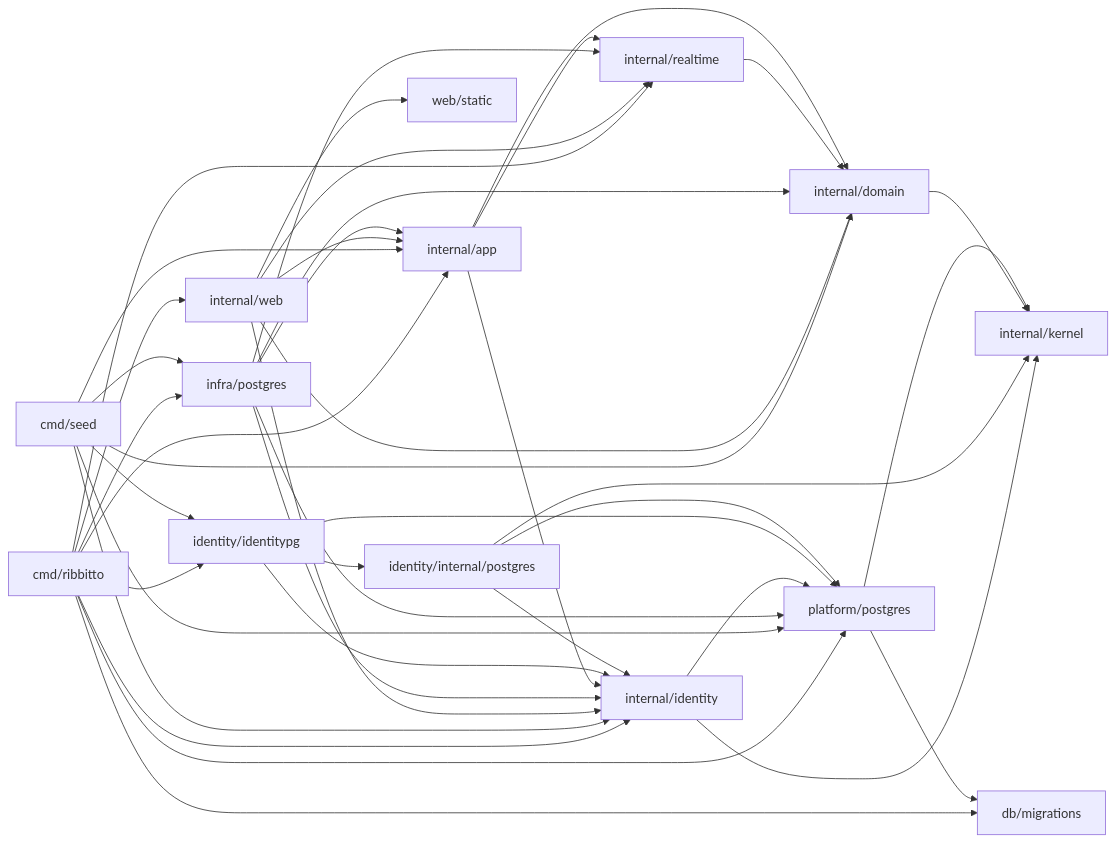
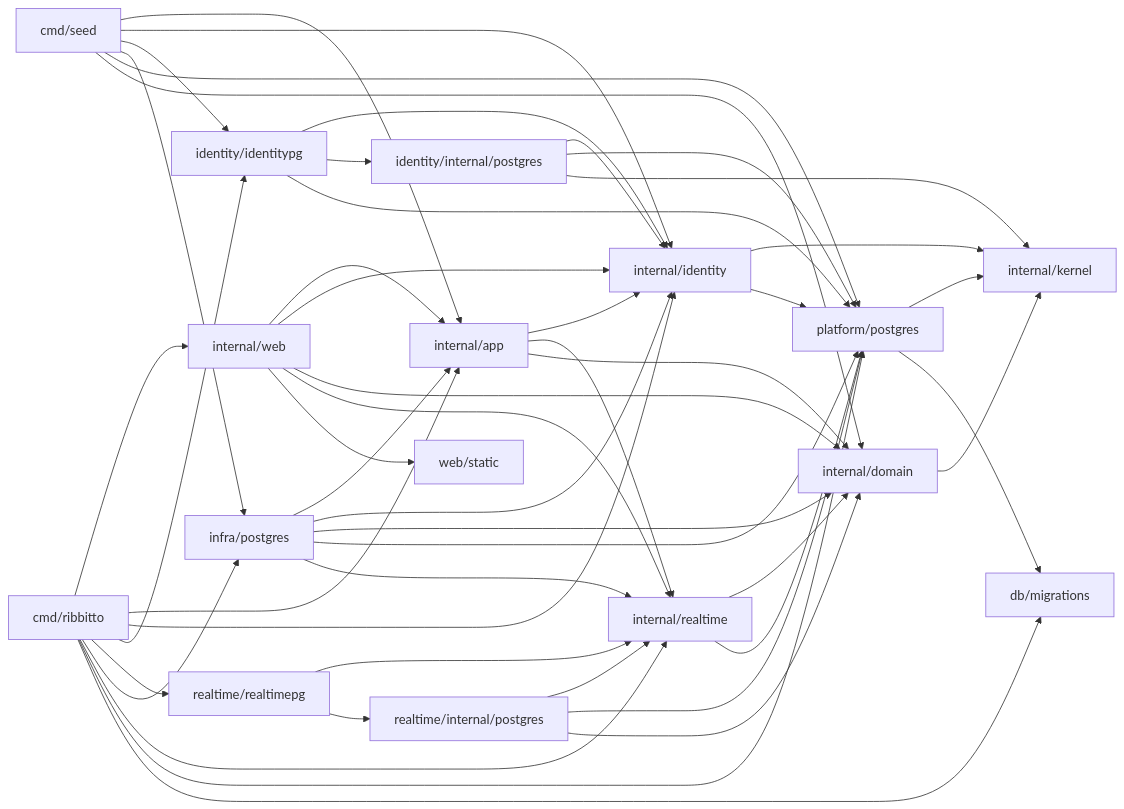
Before and after one commit to tkakkie/ribbitto: the diagram in docs/architecture/packages.md, drawn with Mermaid. The commit also changed other lines of this file and 29 other files, not shown here.

````diff
--- a/docs/architecture/packages.md
+++ b/docs/architecture/packages.md
@@ -62,14 +62,16 @@
 ```mermaid
 flowchart LR
-  cmd[cmd/ribbitto] --> web & app & identity & identitypg[identity/identitypg] & postgres[infra/postgres] & realtime & platform[platform/postgres] & migrations[db/migrations]
+  cmd[cmd/ribbitto] --> web & app & identity & identitypg[identity/identitypg] & realtimepg & postgres[infra/postgres] & realtime & platform[platform/postgres] & migrations[db/migrations]
   seed[cmd/seed] --> app & identity & identitypg & postgres & platform & domain
   web[internal/web] --> app & identity & domain & realtime & static[web/static]
   postgres --> app & identity & domain & platform & realtime
-  realtime[internal/realtime] --> domain
+  realtime[internal/realtime] --> domain & platform
+  realtimepg[realtime/realtimepg] --> realtime & rstore[realtime/internal/postgres]
+  rstore --> realtime & platform & domain
   app[internal/app] --> identity & realtime & domain[internal/domain]
   identity[internal/identity] --> kernel & platform
   identitypg --> identity & store[identity/internal/postgres] & platform
   store --> identity & platform & kernel
   domain --> kernel[internal/kernel]
   platform --> kernel & migrations
 ```
````
